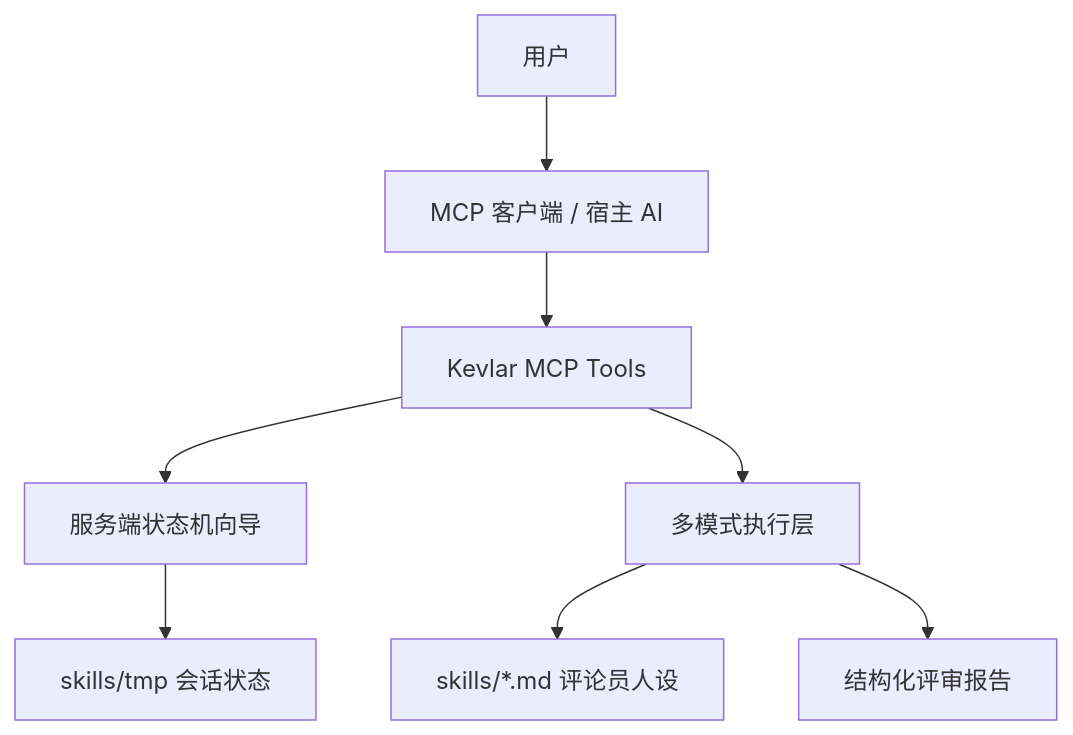
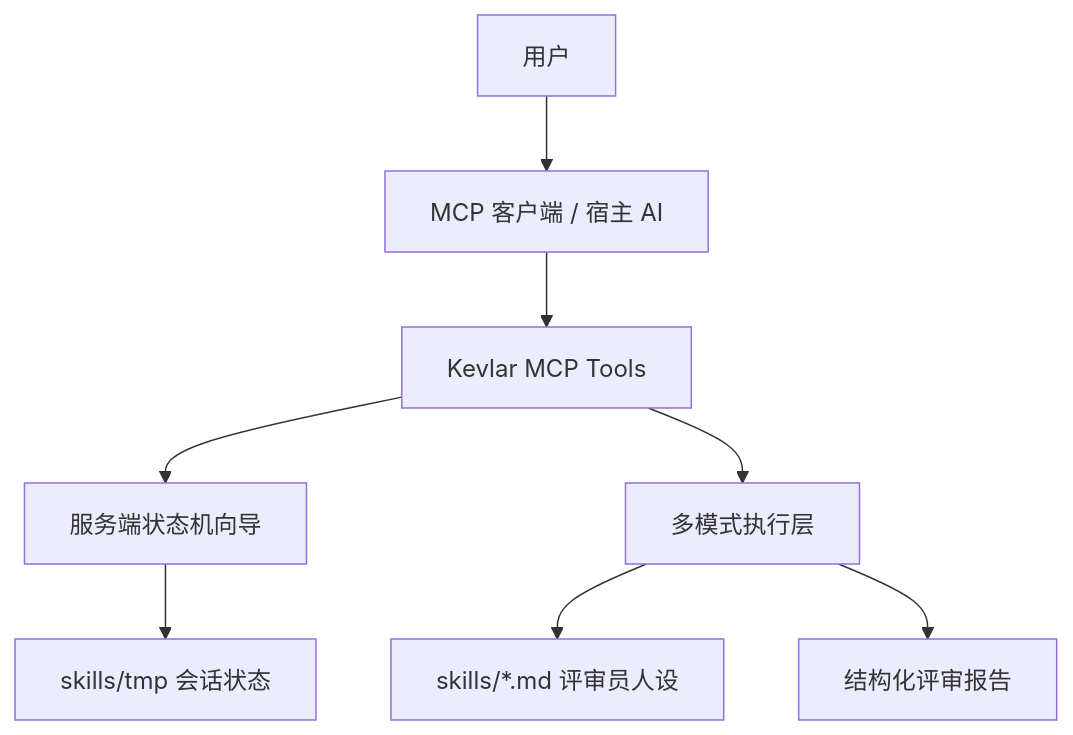
The third of 3 diagrams in docs/README.zh.md (ChurzeXo/kevlar-4u), drawn with Mermaid before and after one commit. The commit also changed other lines of this file and 23 other files, not shown here.

````diff
--- a/docs/README.zh.md
+++ b/docs/README.zh.md
@@ -233,10 +233,10 @@
 ```mermaid
 flowchart TD
   User["用户"] --> Client["MCP 客户端 / 宿主 AI"]
   Client --> Tools["Kevlar MCP Tools"]
   Tools --> Wizards["服务端状态机向导"]
   Tools --> Execution["多模式执行层"]
   Wizards --> Tmp["skills/tmp 会话状态"]
-  Execution --> Personas["skills/*.md 评论员人设"]
+  Execution --> Personas["skills/*.md 评审员人设"]
   Execution --> Report["结构化评审报告"]
 ```
````
